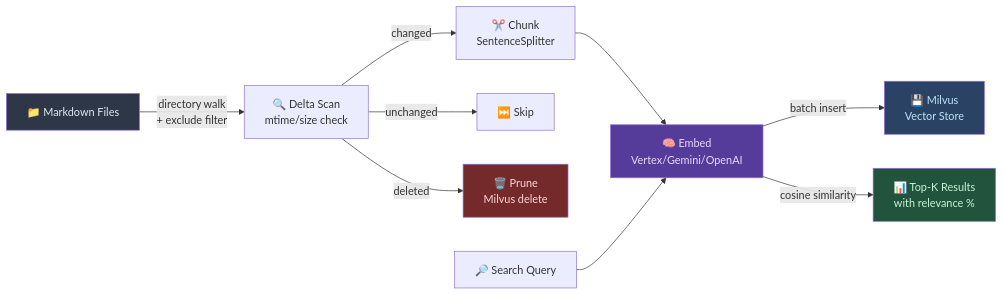
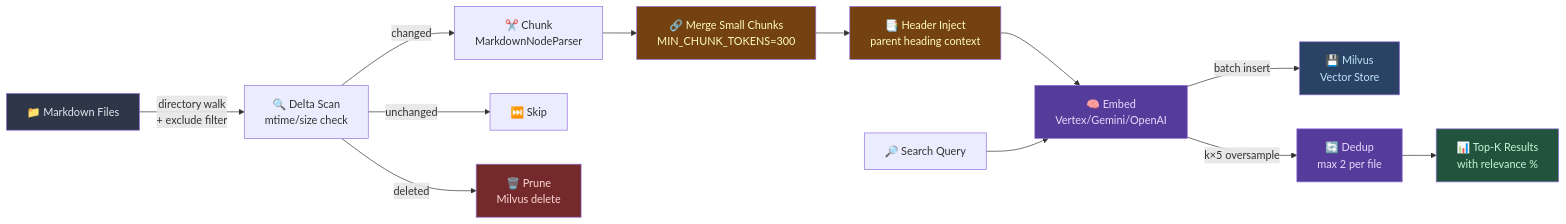
Before and after one commit to lidge-jun/markdown-fastrag-mcp: the third of 6 diagrams in README.md, drawn with Mermaid. The commit also changed other lines of this file and 1 other file, not shown here.

First line of the commit message:
[agent] feat: change DEDUP_MAX_PER_FILE default from 2 to 1

````diff
--- a/README.md
+++ b/README.md
@@ -125,18 +127,24 @@
 ```mermaid
 flowchart LR
     A["📁 Markdown Files"] -->|"directory walk<br/>+ exclude filter"| B["🔍 Delta Scan<br/>mtime/size check"]
-    B -->|changed| C["✂️ Chunk<br/>SentenceSplitter"]
+    B -->|changed| C["✂️ Chunk<br/>MarkdownNodeParser"]
     B -->|unchanged| SKIP["⏭️ Skip"]
     B -->|deleted| PRUNE["🗑️ Prune<br/>Milvus delete"]
-    C --> D["🧠 Embed<br/>Vertex/Gemini/OpenAI"]
+    C --> M["🔗 Merge Small Chunks<br/>MIN_CHUNK_TOKENS=300"]
+    M --> H["📑 Header Inject<br/>parent heading context"]
+    H --> D["🧠 Embed<br/>Vertex/Gemini/OpenAI"]
     D -->|"batch insert"| E["💾 Milvus<br/>Vector Store"]
 
     F["🔎 Search Query"] --> D
-    D -->|"cosine similarity"| G["📊 Top-K Results<br/>with relevance %"]
+    D -->|"k×5 oversample"| DD["🔄 Dedup<br/>max 2 per file"]
+    DD --> G["📊 Top-K Results<br/>with relevance %"]
 
     style A fill:#2d3748,color:#e2e8f0
+    style M fill:#744210,color:#fefcbf
+    style H fill:#744210,color:#fefcbf
     style D fill:#553c9a,color:#e9d8fd
     style E fill:#2a4365,color:#bee3f8
+    style DD fill:#553c9a,color:#e9d8fd
     style G fill:#22543d,color:#c6f6d5
     style PRUNE fill:#742a2a,color:#fed7d7
 ```
````
